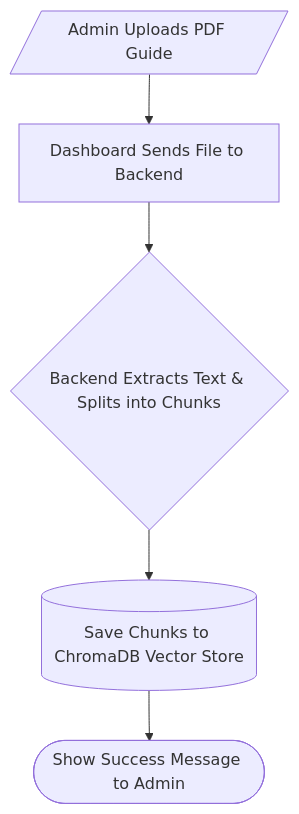
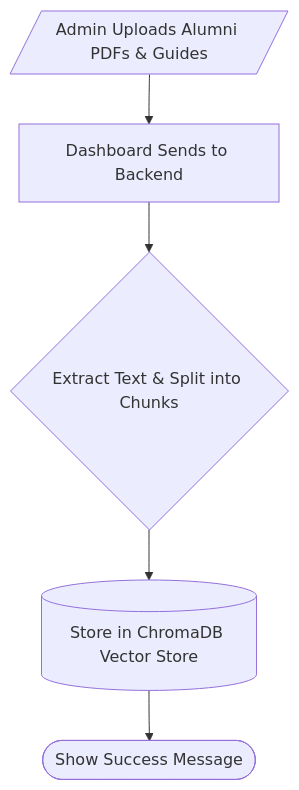
The fourth of 6 diagrams in README.md (Mounikaishu/RAG_play_ground), drawn with Mermaid before and after one commit. The commit also changed other lines of this file, not shown here.

````diff
--- a/README.md
+++ b/README.md
@@ -91,7 +73,7 @@
 ```mermaid
 flowchart TD
-    Upload[/Admin Uploads PDF Guide/] --> Send[Dashboard Sends File to Backend]
-    Send --> Extract{Backend Extracts Text & Splits into Chunks}
-    Extract --> Ingest[(Save Chunks to ChromaDB Vector Store)]
-    Ingest --> Success([Show Success Message to Admin])
+    Upload[/Admin Uploads Alumni PDFs & Guides/] --> Send[Dashboard Sends to Backend]
+    Send --> Extract{Extract Text & Split into Chunks}
+    Extract --> Ingest[(Store in ChromaDB Vector Store)]
+    Ingest --> Success([Show Success Message])
 ```
````
